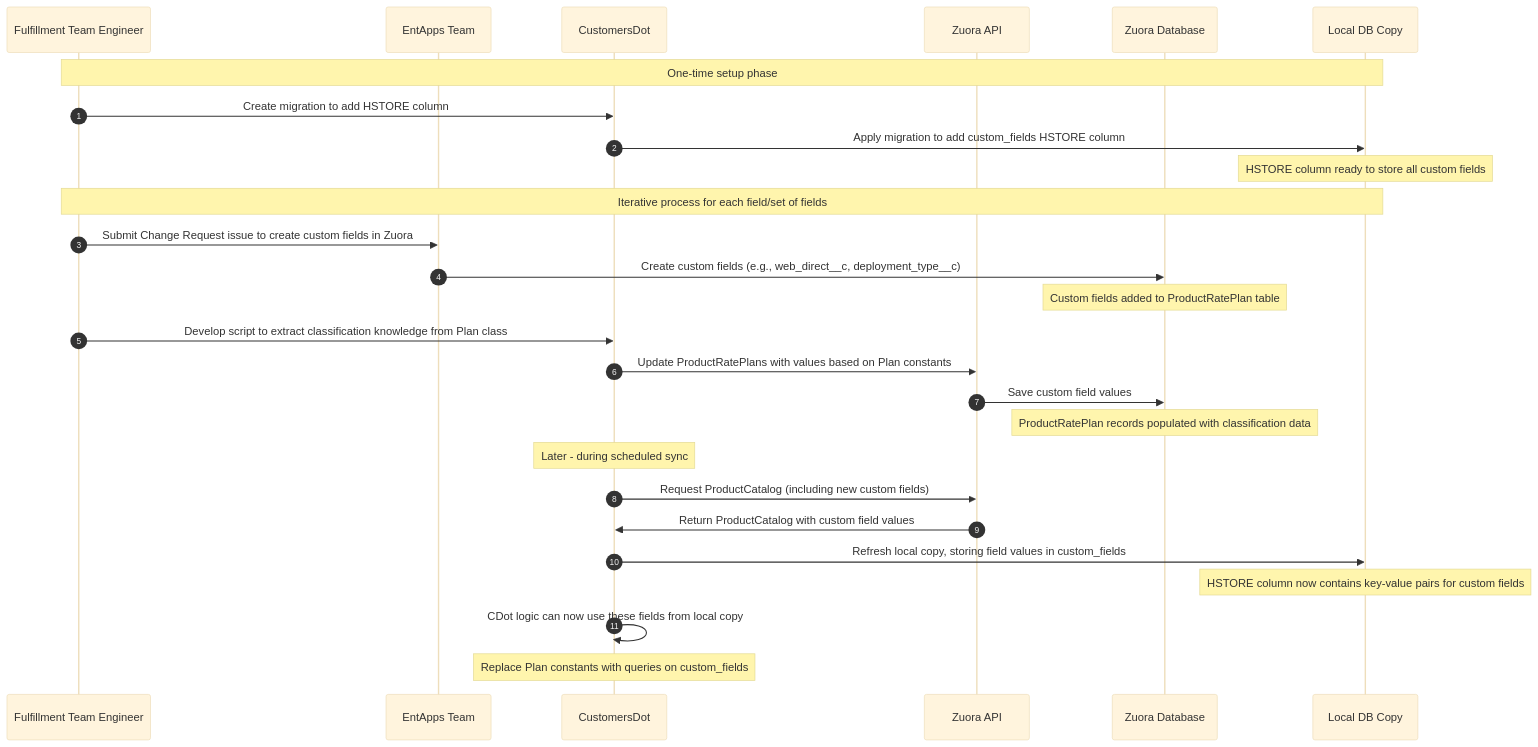
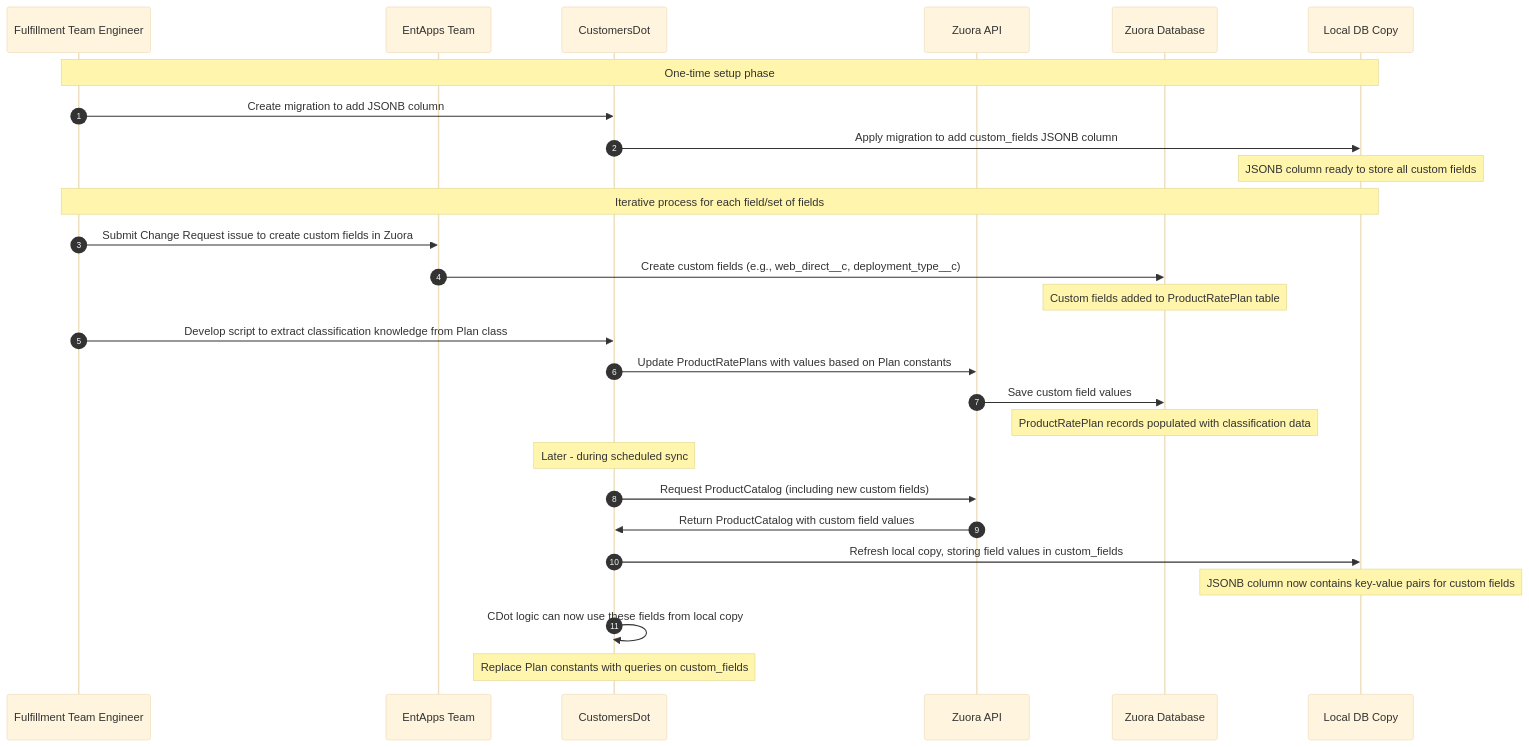
Before and after one commit to zalyoung/gitlab-handbook: the diagram in content/handbook/engineering/architecture/design-documents/cdot_plan_managment/_index.md, drawn with Mermaid (base theme). The commit also changed other lines of this file, not shown here.

Commit message:
Replace HSTORE with JSONB

````diff
--- a/content/handbook/engineering/architecture/design-documents/cdot_plan_managment/_index.md
+++ b/content/handbook/engineering/architecture/design-documents/cdot_plan_managment/_index.md
@@ -39,34 +39,34 @@
 ```mermaid
 sequenceDiagram
     autonumber
     participant FTE as Fulfillment Team Engineer
     participant EntApps as EntApps Team
     participant CDot as CustomersDot
     participant ZuoraAPI as Zuora API
     participant ZuoraDB as Zuora Database
     participant LocalDB as Local DB Copy
 
     Note over FTE, LocalDB: One-time setup phase
-    FTE->>CDot: Create migration to add HSTORE column
-    CDot->>LocalDB: Apply migration to add custom_fields HSTORE column
-    Note over LocalDB: HSTORE column ready to store all custom fields
+    FTE->>CDot: Create migration to add JSONB column
+    CDot->>LocalDB: Apply migration to add custom_fields JSONB column
+    Note over LocalDB: JSONB column ready to store all custom fields
 
     Note over FTE, LocalDB: Iterative process for each field/set of fields
     FTE->>EntApps: Submit Change Request issue to create custom fields in Zuora
     EntApps->>ZuoraDB: Create custom fields (e.g., web_direct__c, deployment_type__c)
     Note over ZuoraDB: Custom fields added to ProductRatePlan table
 
     FTE->>CDot: Develop script to extract classification knowledge from Plan class
     CDot->>ZuoraAPI: Update ProductRatePlans with values based on Plan constants
     ZuoraAPI->>ZuoraDB: Save custom field values
     Note over ZuoraDB: ProductRatePlan records populated with classification data
 
     Note over CDot: Later - during scheduled sync
     CDot->>ZuoraAPI: Request ProductCatalog (including new custom fields)
     ZuoraAPI->>CDot: Return ProductCatalog with custom field values
     CDot->>LocalDB: Refresh local copy, storing field values in custom_fields
-    Note over LocalDB: HSTORE column now contains key-value pairs for custom fields
+    Note over LocalDB: JSONB column now contains key-value pairs for custom fields
 
     CDot->>CDot: CDot logic can now use these fields from local copy
     Note over CDot: Replace Plan constants with queries on custom_fields
 ```
````
